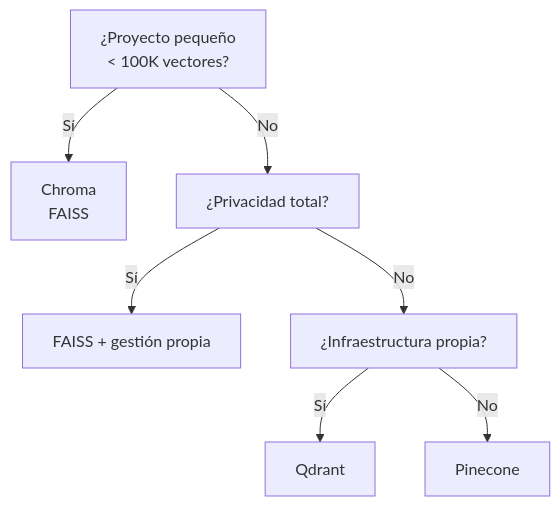
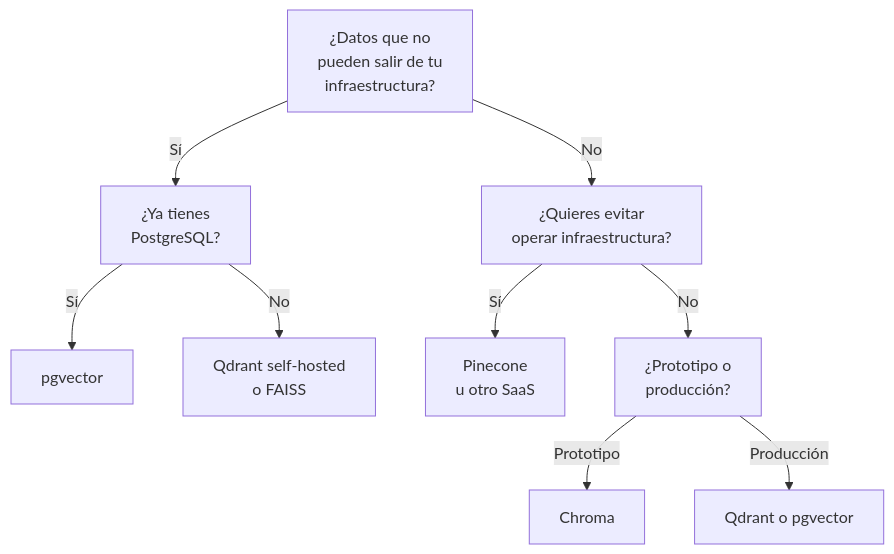
The third of 3 diagrams in bloque1/01d-vectordb.qmd (Adamychen/m10_quarto), drawn with Mermaid before and after one commit. The commit also changed other lines of this file and 17 other files, not shown here.

````diff
--- a/bloque1/01d-vectordb.qmd
+++ b/bloque1/01d-vectordb.qmd
@@ -301,9 +341,11 @@
 ```{mermaid}
 graph TD
-    A[¿Proyecto pequeño<br/>&lt; 100K vectores?] -->|Sí| B[Chroma<br/>FAISS]
-    A -->|No| C[¿Privacidad total?]
-    C -->|Sí| D[FAISS + gestión propia]
-    C -->|No| E[¿Infraestructura propia?]
-    E -->|Sí| F[Qdrant]
-    E -->|No| G[Pinecone]
+    A[¿Datos que no<br/>pueden salir de tu<br/>infraestructura?] -->|Sí| B[¿Ya tienes<br/>PostgreSQL?]
+    A -->|No| C[¿Quieres evitar<br/>operar infraestructura?]
+    B -->|Sí| D[pgvector]
+    B -->|No| E[Qdrant self-hosted<br/>o FAISS]
+    C -->|Sí| F[Pinecone<br/>u otro SaaS]
+    C -->|No| G[¿Prototipo o<br/>producción?]
+    G -->|Prototipo| H[Chroma]
+    G -->|Producción| I[Qdrant o pgvector]
 ```
````
